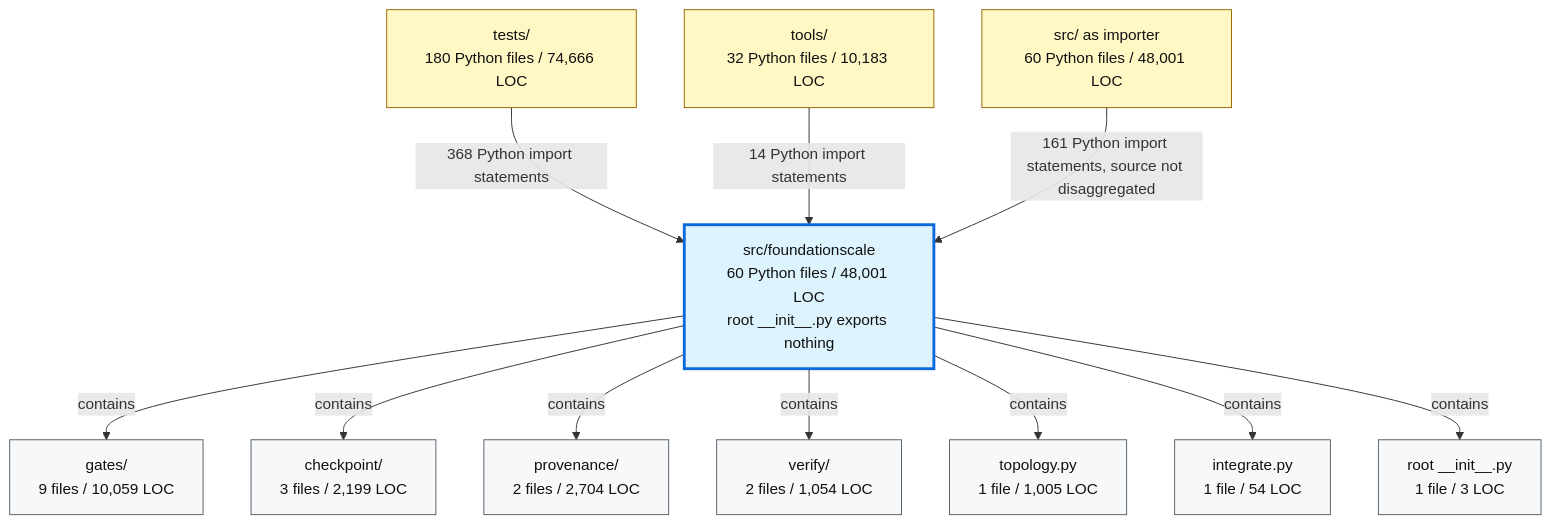
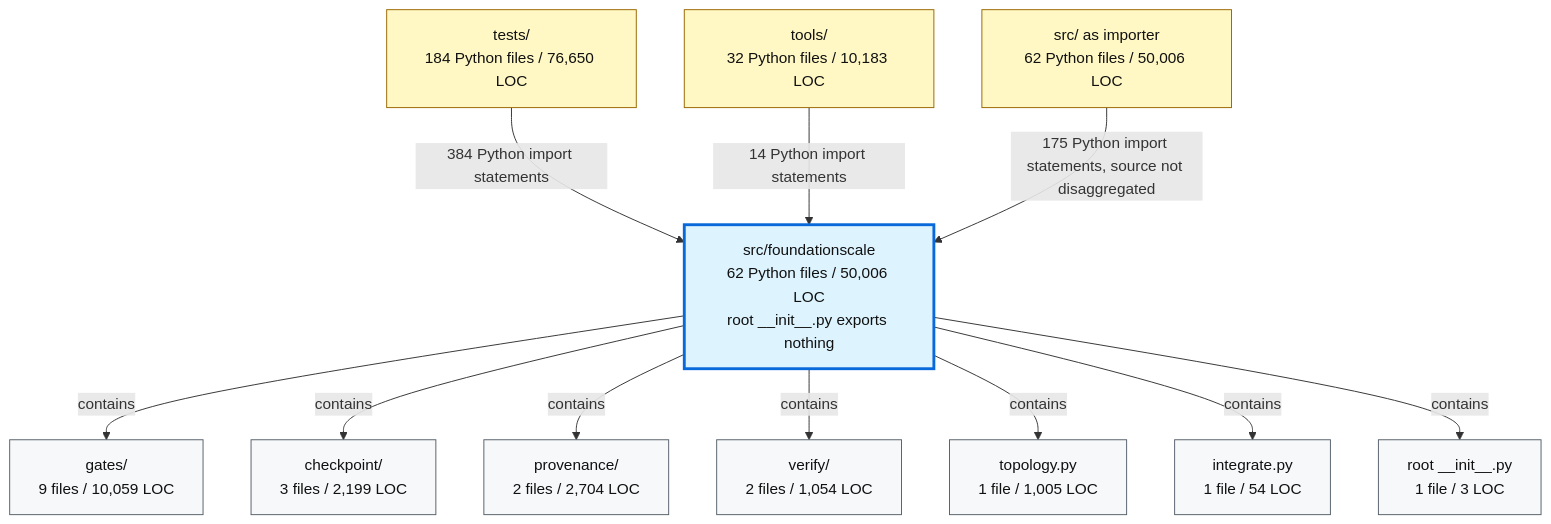
One commit to TranNhiem/FoundationScale changed the second of 2 diagrams in docs/review/D2_current_architecture.md. Above: the diagram before and after it, drawn with Mermaid. The commit also changed other lines of this file and 21 other files, not shown here.

````diff
--- a/docs/review/D2_current_architecture.md
+++ b/docs/review/D2_current_architecture.md
@@ -97,36 +97,36 @@
 ```mermaid
 flowchart TB
-  TESTS["tests/<br/>180 Python files / 74,666 LOC"]
+  TESTS["tests/<br/>184 Python files / 76,650 LOC"]
   TOOLS["tools/<br/>32 Python files / 10,183 LOC"]
-  SRC["src/ as importer<br/>60 Python files / 48,001 LOC"]
+  SRC["src/ as importer<br/>62 Python files / 50,006 LOC"]
 
-  FS["src/foundationscale<br/>60 Python files / 48,001 LOC<br/>root __init__.py exports nothing"]
+  FS["src/foundationscale<br/>62 Python files / 50,006 LOC<br/>root __init__.py exports nothing"]
 
   GATES["gates/<br/>9 files / 10,059 LOC"]
   CKPT["checkpoint/<br/>3 files / 2,199 LOC"]
   PROV["provenance/<br/>2 files / 2,704 LOC"]
   VERIFY["verify/<br/>2 files / 1,054 LOC"]
   TOPO["topology.py<br/>1 file / 1,005 LOC"]
   INTEG["integrate.py<br/>1 file / 54 LOC"]
   ROOT["root __init__.py<br/>1 file / 3 LOC"]
 
-  TESTS -->|"368 Python import statements"| FS
+  TESTS -->|"384 Python import statements"| FS
   TOOLS -->|"14 Python import statements"| FS
-  SRC -->|"161 Python import statements, source not disaggregated"| FS
+  SRC -->|"175 Python import statements, source not disaggregated"| FS
 
   FS -->|"contains"| GATES
   FS -->|"contains"| CKPT
   FS -->|"contains"| PROV
   FS -->|"contains"| VERIFY
   FS -->|"contains"| TOPO
   FS -->|"contains"| INTEG
   FS -->|"contains"| ROOT
 
   classDef consumer fill:#fff8c5,stroke:#9a6700,color:#111;
   classDef package fill:#ddf4ff,stroke:#0969da,stroke-width:3px,color:#111;
   classDef module fill:#f6f8fa,stroke:#57606a,color:#111;
 
   class TESTS,TOOLS,SRC consumer;
   class FS package;
   class GATES,CKPT,PROV,VERIFY,TOPO,INTEG,ROOT module;
 ```
````
